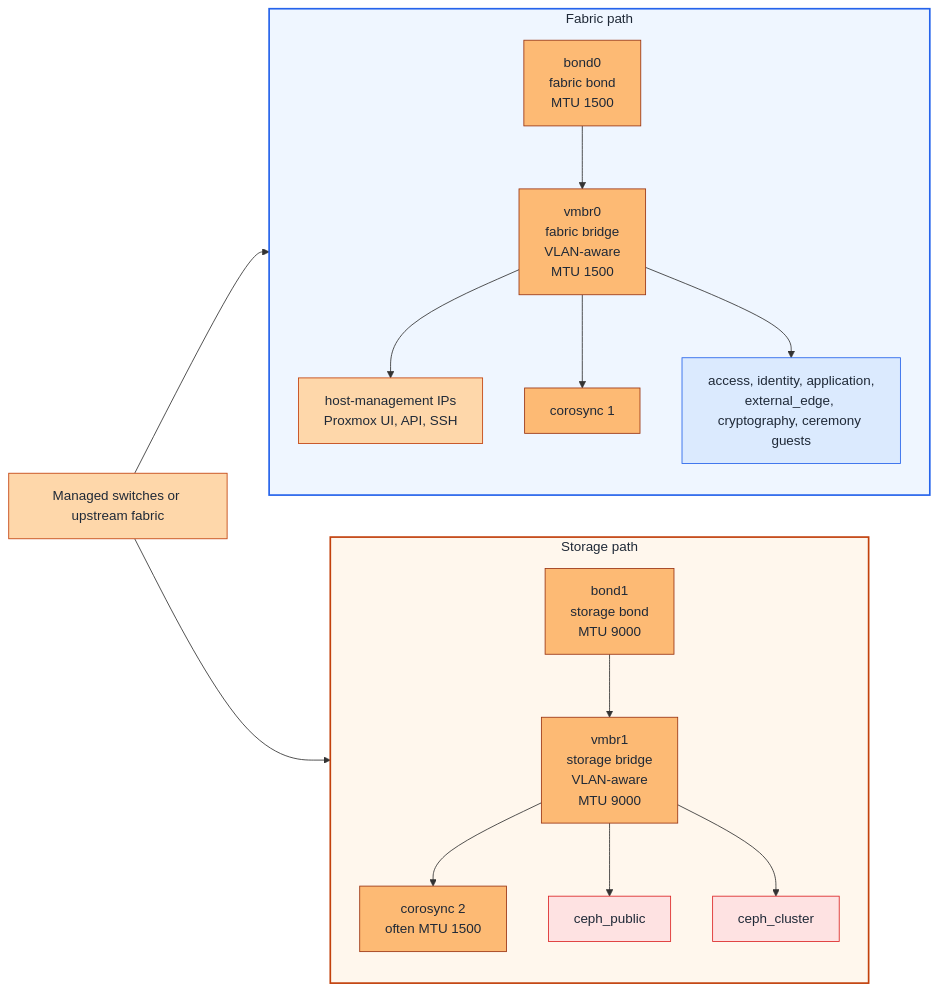
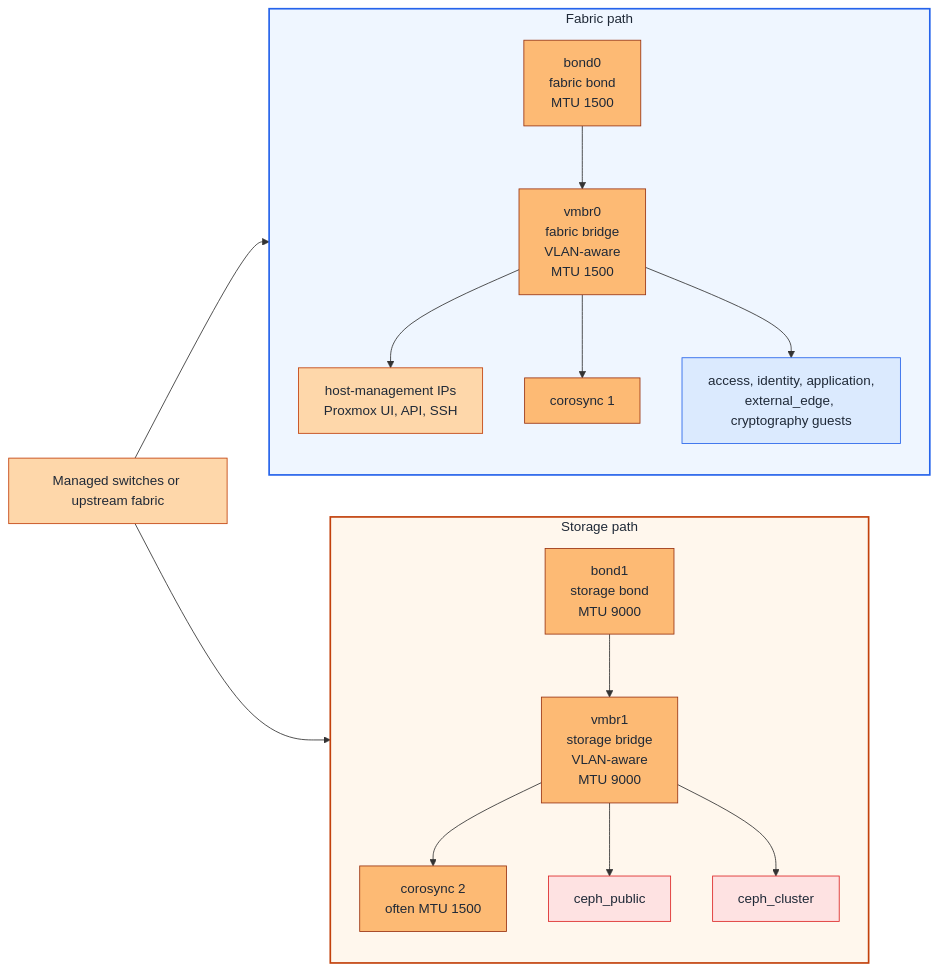
One commit to Rexus/homelab changed the diagram in docs/platforms/proxmox/network-prerequisites.md. Above: the diagram before and after it, drawn with Mermaid. The commit also changed other lines of this file and 31 other files, not shown here.

````diff
--- a/docs/platforms/proxmox/network-prerequisites.md
+++ b/docs/platforms/proxmox/network-prerequisites.md
@@ -66,48 +68,48 @@
 ```mermaid
 flowchart LR
     Switches[Managed switches or upstream fabric]
 
     subgraph Fabric["Storage path"]
       direction TB
       Bond0[bond1<br/>storage bond<br/>MTU 9000]
       Vmbr0[vmbr1<br/>storage bridge<br/>VLAN-aware<br/>MTU 9000]
       Mgmt[corosync 2<br/>often MTU 1500]
       Corosync1[ceph_public]
       Guests[ceph_cluster]
 
       Bond0 --> Vmbr0
       Vmbr0 --> Mgmt
       Vmbr0 --> Corosync1
       Vmbr0 --> Guests
     end
 
     subgraph Storage["Fabric path"]
       direction TB
       Bond1[bond0<br/>fabric bond<br/>MTU 1500]
       Vmbr1[vmbr0<br/>fabric bridge<br/>VLAN-aware<br/>MTU 1500]
       Corosync2[host-management IPs<br/>Proxmox UI, API, SSH]
       CephPublic[corosync 1]
-      CephCluster[access, identity, application,<br/>external_edge, cryptography, ceremony guests]
+      CephCluster[access, identity, application,<br/>external_edge, cryptography guests]
 
       Bond1 --> Vmbr1
       Vmbr1 --> Corosync2
       Vmbr1 --> CephPublic
       Vmbr1 --> CephCluster
     end
 
     Switches --> Bond0
     Switches --> Bond1
 
     style Fabric fill:#fff7ed,stroke:#c2410c,stroke-width:2px,color:#1f2937
     style Storage fill:#eff6ff,stroke:#2563eb,stroke-width:2px,color:#1f2937
 
     classDef mgmtNode fill:#fed7aa,stroke:#c2410c,color:#1f2937
     classDef appNode fill:#dbeafe,stroke:#2563eb,color:#1f2937
     classDef proxmoxNode fill:#fdba74,stroke:#9a3412,color:#1f2937
     classDef cephNode fill:#fee2e2,stroke:#dc2626,color:#1f2937
 
     class Switches,Corosync2 mgmtNode
     class CephCluster appNode
     class Bond0,Bond1,Vmbr0,Vmbr1,Mgmt,CephPublic proxmoxNode
     class Corosync1,Guests cephNode
 ```
````
